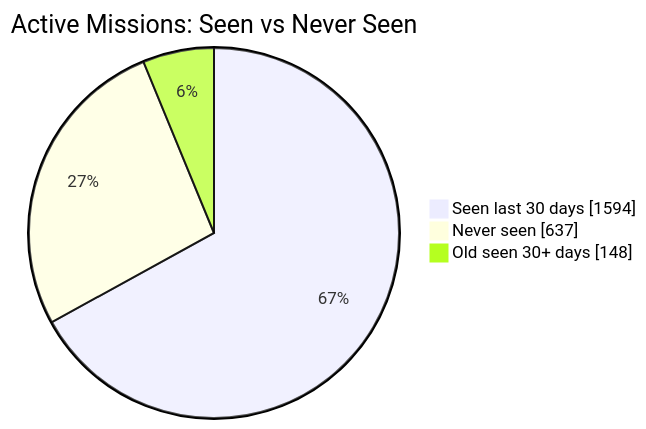
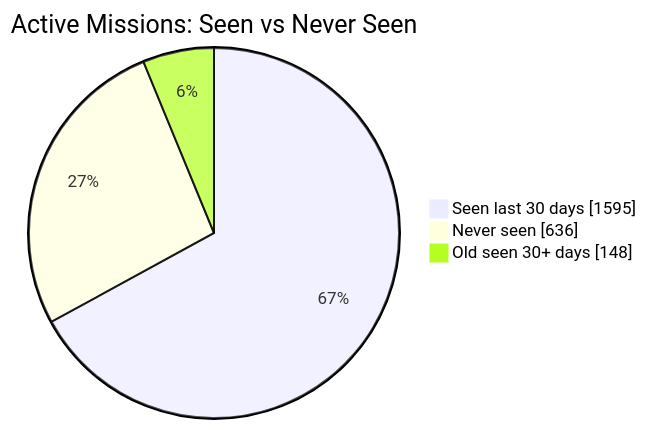
The first of 2 diagrams in README.md (MeldkamerspelGameTeam/active-missions), drawn with Mermaid before and after one commit. The commit also changed other lines of this file and 3 other files, not shown here.

````diff
--- a/README.md
+++ b/README.md
@@ -34,7 +34,7 @@
 ```mermaid
 pie showData
     title Active Missions: Seen vs Never Seen
-    "Seen last 30 days" : 1594
-    "Never seen" : 637
+    "Seen last 30 days" : 1595
+    "Never seen" : 636
     "Old seen 30+ days" : 148
 ```
````
